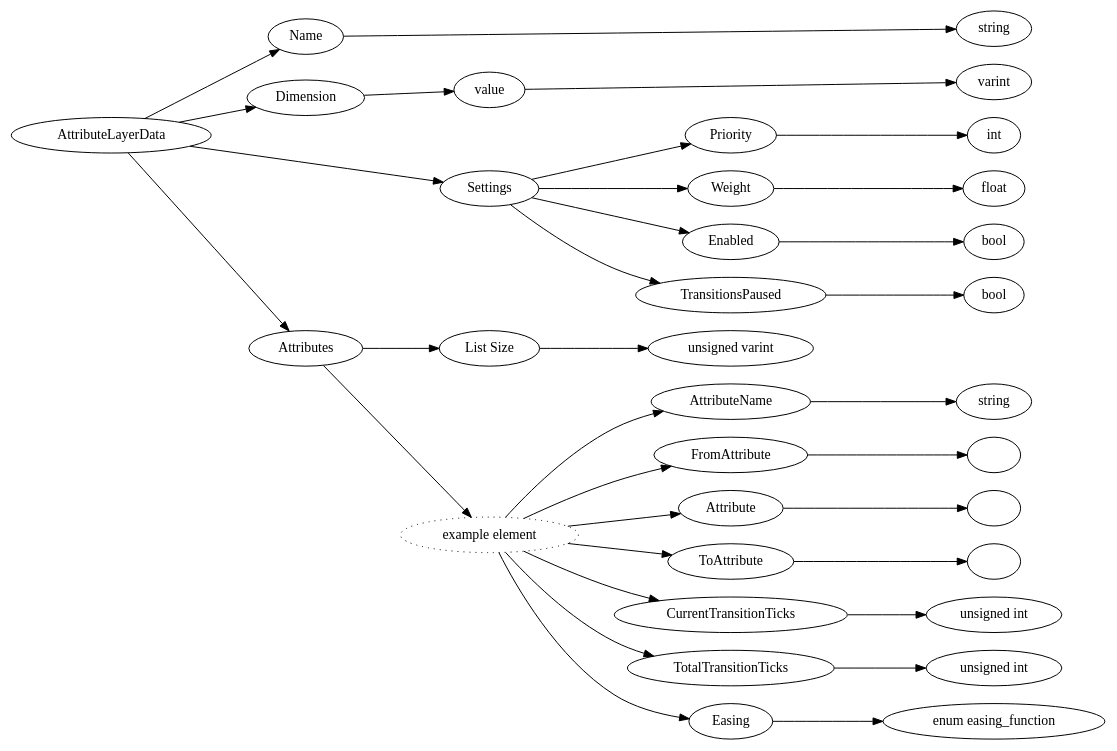
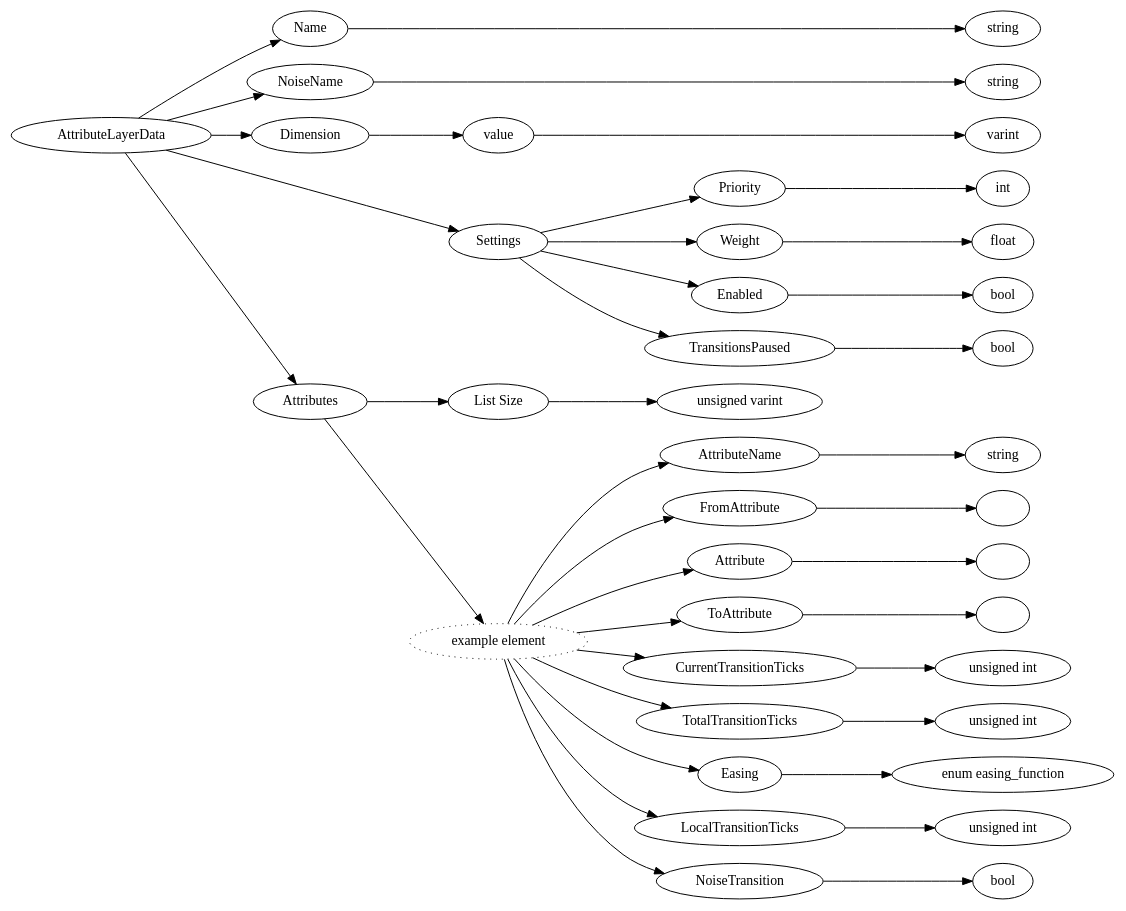
The diagram in dot/AttributeLayerData.dot (Mojang/bedrock-protocol-docs), drawn with Graphviz before and after one commit. The commit also changed 433 other files, not shown here.

```diff
--- a/dot/AttributeLayerData.dot
+++ b/dot/AttributeLayerData.dot
@@ -1,72 +1,84 @@
 digraph "AttributeLayerData" {
 rankdir = LR
 0
 0 -> 1
 1 -> 2
 0 -> 3
 3 -> 4
-4 -> 5
-0 -> 6
+0 -> 5
+5 -> 6
 6 -> 7
-7 -> 8
-6 -> 9
+0 -> 8
+8 -> 9
 9 -> 10
-6 -> 11
+8 -> 11
 11 -> 12
-6 -> 13
+8 -> 13
 13 -> 14
-0 -> 15
+8 -> 15
 15 -> 16
-16 -> 17
-15 -> 18
+0 -> 17
+17 -> 18
 18 -> 19
-19 -> 20
-18 -> 21
+17 -> 20
+20 -> 21
 21 -> 22
-18 -> 23
+20 -> 23
 23 -> 24
-18 -> 25
+20 -> 25
 25 -> 26
-18 -> 27
+20 -> 27
 27 -> 28
-18 -> 29
+20 -> 29
 29 -> 30
-18 -> 31
+20 -> 31
 31 -> 32
+20 -> 33
+33 -> 34
+20 -> 35
+35 -> 36
+20 -> 37
+37 -> 38
 
 0 [label="AttributeLayerData",comment="name: \"AttributeLayerData\", typeName: \"\", id: 0, branchId: 0, recurseId: -1, attributes: 0, notes: \"\""];
 1 [label="Name",comment="name: \"Name\", typeName: \"\", id: 1, branchId: 0, recurseId: -1, attributes: 0, notes: \"\""];
 2 [label="string",comment="name: \"string\", typeName: \"\", id: 2, branchId: 0, recurseId: -1, attributes: 512, notes: \"\""];
-3 [label="Dimension",comment="name: \"Dimension\", typeName: \"\", id: 3, branchId: 0, recurseId: -1, attributes: 0, notes: \"\""];
-4 [label="value",comment="name: \"value\", typeName: \"\", id: 4, branchId: 0, recurseId: -1, attributes: 0, notes: \"\""];
-5 [label="varint",comment="name: \"varint\", typeName: \"\", id: 5, branchId: 0, recurseId: -1, attributes: 512, notes: \"\""];
-6 [label="Settings",comment="name: \"Settings\", typeName: \"\", id: 6, branchId: 0, recurseId: -1, attributes: 0, notes: \"\""];
-7 [label="Priority",comment="name: \"Priority\", typeName: \"\", id: 7, branchId: 0, recurseId: -1, attributes: 0, notes: \"\""];
-8 [label="int",comment="name: \"int\", typeName: \"\", id: 8, branchId: 0, recurseId: -1, attributes: 512, notes: \"\""];
-9 [label="Weight",comment="name: \"Weight\", typeName: \"\", id: 9, branchId: 0, recurseId: -1, attributes: 0, notes: \"\""];
-10 [label="float",comment="name: \"float\", typeName: \"\", id: 10, branchId: 0, recurseId: -1, attributes: 512, notes: \"\""];
-11 [label="Enabled",comment="name: \"Enabled\", typeName: \"\", id: 11, branchId: 0, recurseId: -1, attributes: 0, notes: \"\""];
-12 [label="bool",comment="name: \"bool\", typeName: \"\", id: 12, branchId: 0, recurseId: -1, attributes: 512, notes: \"\""];
-13 [label="TransitionsPaused",comment="name: \"TransitionsPaused\", typeName: \"\", id: 13, branchId: 0, recurseId: -1, attributes: 0, notes: \"\""];
+3 [label="NoiseName",comment="name: \"NoiseName\", typeName: \"\", id: 3, branchId: 0, recurseId: -1, attributes: 0, notes: \"\""];
+4 [label="string",comment="name: \"string\", typeName: \"\", id: 4, branchId: 0, recurseId: -1, attributes: 512, notes: \"\""];
+5 [label="Dimension",comment="name: \"Dimension\", typeName: \"\", id: 5, branchId: 0, recurseId: -1, attributes: 0, notes: \"\""];
+6 [label="value",comment="name: \"value\", typeName: \"\", id: 6, branchId: 0, recurseId: -1, attributes: 0, notes: \"\""];
+7 [label="varint",comment="name: \"varint\", typeName: \"\", id: 7, branchId: 0, recurseId: -1, attributes: 512, notes: \"\""];
+8 [label="Settings",comment="name: \"Settings\", typeName: \"\", id: 8, branchId: 0, recurseId: -1, attributes: 0, notes: \"\""];
+9 [label="Priority",comment="name: \"Priority\", typeName: \"\", id: 9, branchId: 0, recurseId: -1, attributes: 0, notes: \"\""];
+10 [label="int",comment="name: \"int\", typeName: \"\", id: 10, branchId: 0, recurseId: -1, attributes: 512, notes: \"\""];
+11 [label="Weight",comment="name: \"Weight\", typeName: \"\", id: 11, branchId: 0, recurseId: -1, attributes: 0, notes: \"\""];
+12 [label="float",comment="name: \"float\", typeName: \"\", id: 12, branchId: 0, recurseId: -1, attributes: 512, notes: \"\""];
+13 [label="Enabled",comment="name: \"Enabled\", typeName: \"\", id: 13, branchId: 0, recurseId: -1, attributes: 0, notes: \"\""];
 14 [label="bool",comment="name: \"bool\", typeName: \"\", id: 14, branchId: 0, recurseId: -1, attributes: 512, notes: \"\""];
-15 [label="Attributes",comment="name: \"Attributes\", typeName: \"\", id: 15, branchId: 0, recurseId: -1, attributes: 0, notes: \"\""];
-16 [label="List Size",comment="name: \"List Size\", typeName: \"\", id: 16, branchId: 0, recurseId: -1, attributes: 0, notes: \"\""];
-17 [label="unsigned varint",comment="name: \"unsigned varint\", typeName: \"\", id: 17, branchId: 0, recurseId: -1, attributes: 0, notes: \"\""];
-18 [label="example element",style=dotted,comment="name: \"example element\", typeName: \"\", id: 18, branchId: 0, recurseId: -1, attributes: 16, notes: \"\""];
-19 [label="AttributeName",comment="name: \"AttributeName\", typeName: \"\", id: 19, branchId: 0, recurseId: -1, attributes: 0, notes: \"\""];
-20 [label="string",comment="name: \"string\", typeName: \"\", id: 20, branchId: 0, recurseId: -1, attributes: 512, notes: \"\""];
-21 [label="FromAttribute",comment="name: \"FromAttribute\", typeName: \"\", id: 21, branchId: 0, recurseId: -1, attributes: 0, notes: \"\""];
-22 [label="",comment="name: \"\", typeName: \"\", id: 22, branchId: 0, recurseId: -1, attributes: 512, notes: \"\""];
-23 [label="Attribute",comment="name: \"Attribute\", typeName: \"\", id: 23, branchId: 0, recurseId: -1, attributes: 0, notes: \"\""];
+15 [label="TransitionsPaused",comment="name: \"TransitionsPaused\", typeName: \"\", id: 15, branchId: 0, recurseId: -1, attributes: 0, notes: \"\""];
+16 [label="bool",comment="name: \"bool\", typeName: \"\", id: 16, branchId: 0, recurseId: -1, attributes: 512, notes: \"\""];
+17 [label="Attributes",comment="name: \"Attributes\", typeName: \"\", id: 17, branchId: 0, recurseId: -1, attributes: 0, notes: \"\""];
+18 [label="List Size",comment="name: \"List Size\", typeName: \"\", id: 18, branchId: 0, recurseId: -1, attributes: 0, notes: \"\""];
+19 [label="unsigned varint",comment="name: \"unsigned varint\", typeName: \"\", id: 19, branchId: 0, recurseId: -1, attributes: 0, notes: \"\""];
+20 [label="example element",style=dotted,comment="name: \"example element\", typeName: \"\", id: 20, branchId: 0, recurseId: -1, attributes: 16, notes: \"\""];
+21 [label="AttributeName",comment="name: \"AttributeName\", typeName: \"\", id: 21, branchId: 0, recurseId: -1, attributes: 0, notes: \"\""];
+22 [label="string",comment="name: \"string\", typeName: \"\", id: 22, branchId: 0, recurseId: -1, attributes: 512, notes: \"\""];
+23 [label="FromAttribute",comment="name: \"FromAttribute\", typeName: \"\", id: 23, branchId: 0, recurseId: -1, attributes: 0, notes: \"\""];
 24 [label="",comment="name: \"\", typeName: \"\", id: 24, branchId: 0, recurseId: -1, attributes: 512, notes: \"\""];
-25 [label="ToAttribute",comment="name: \"ToAttribute\", typeName: \"\", id: 25, branchId: 0, recurseId: -1, attributes: 0, notes: \"\""];
+25 [label="Attribute",comment="name: \"Attribute\", typeName: \"\", id: 25, branchId: 0, recurseId: -1, attributes: 0, notes: \"\""];
 26 [label="",comment="name: \"\", typeName: \"\", id: 26, branchId: 0, recurseId: -1, attributes: 512, notes: \"\""];
-27 [label="CurrentTransitionTicks",comment="name: \"CurrentTransitionTicks\", typeName: \"\", id: 27, branchId: 0, recurseId: -1, attributes: 0, notes: \"\""];
-28 [label="unsigned int",comment="name: \"unsigned int\", typeName: \"\", id: 28, branchId: 0, recurseId: -1, attributes: 512, notes: \"\""];
-29 [label="TotalTransitionTicks",comment="name: \"TotalTransitionTicks\", typeName: \"\", id: 29, branchId: 0, recurseId: -1, attributes: 0, notes: \"\""];
+27 [label="ToAttribute",comment="name: \"ToAttribute\", typeName: \"\", id: 27, branchId: 0, recurseId: -1, attributes: 0, notes: \"\""];
+28 [label="",comment="name: \"\", typeName: \"\", id: 28, branchId: 0, recurseId: -1, attributes: 512, notes: \"\""];
+29 [label="CurrentTransitionTicks",comment="name: \"CurrentTransitionTicks\", typeName: \"\", id: 29, branchId: 0, recurseId: -1, attributes: 0, notes: \"\""];
 30 [label="unsigned int",comment="name: \"unsigned int\", typeName: \"\", id: 30, branchId: 0, recurseId: -1, attributes: 512, notes: \"\""];
-31 [label="Easing",comment="name: \"Easing\", typeName: \"\", id: 31, branchId: 0, recurseId: -1, attributes: 0, notes: \"\""];
-32 [label="enum easing_function",comment="name: \"enum easing_function\", typeName: \"\", id: 32, branchId: 0, recurseId: -1, attributes: 512, notes: \"\""];
-{ rank = max;2;5;8;10;12;14;20;22;24;26;28;30;32}
+31 [label="TotalTransitionTicks",comment="name: \"TotalTransitionTicks\", typeName: \"\", id: 31, branchId: 0, recurseId: -1, attributes: 0, notes: \"\""];
+32 [label="unsigned int",comment="name: \"unsigned int\", typeName: \"\", id: 32, branchId: 0, recurseId: -1, attributes: 512, notes: \"\""];
+33 [label="Easing",comment="name: \"Easing\", typeName: \"\", id: 33, branchId: 0, recurseId: -1, attributes: 0, notes: \"\""];
+34 [label="enum easing_function",comment="name: \"enum easing_function\", typeName: \"\", id: 34, branchId: 0, recurseId: -1, attributes: 512, notes: \"\""];
+35 [label="LocalTransitionTicks",comment="name: \"LocalTransitionTicks\", typeName: \"\", id: 35, branchId: 0, recurseId: -1, attributes: 0, notes: \"\""];
+36 [label="unsigned int",comment="name: \"unsigned int\", typeName: \"\", id: 36, branchId: 0, recurseId: -1, attributes: 512, notes: \"\""];
+37 [label="NoiseTransition",comment="name: \"NoiseTransition\", typeName: \"\", id: 37, branchId: 0, recurseId: -1, attributes: 0, notes: \"\""];
+38 [label="bool",comment="name: \"bool\", typeName: \"\", id: 38, branchId: 0, recurseId: -1, attributes: 512, notes: \"\""];
+{ rank = max;2;4;7;10;12;14;16;22;24;26;28;30;32;34;36;38}
 
 }
```
